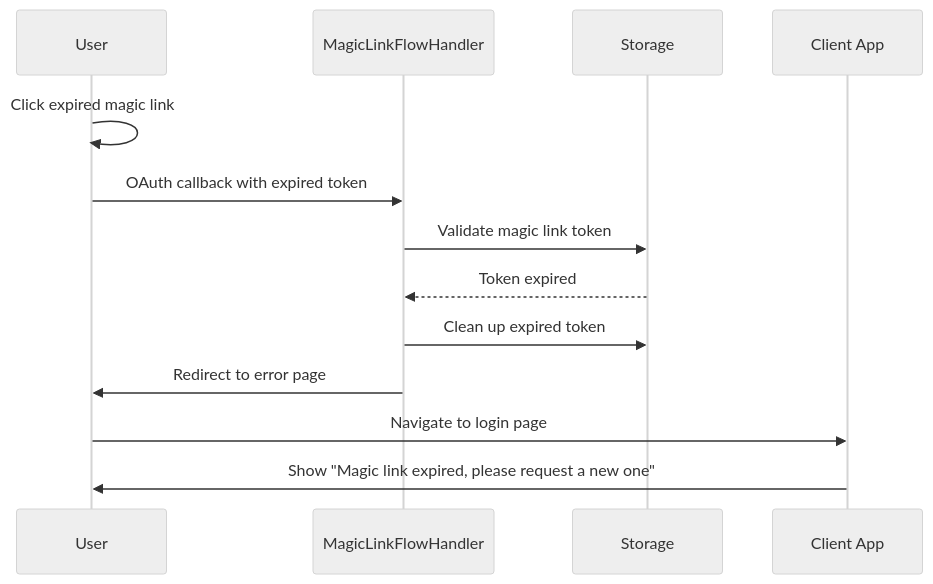
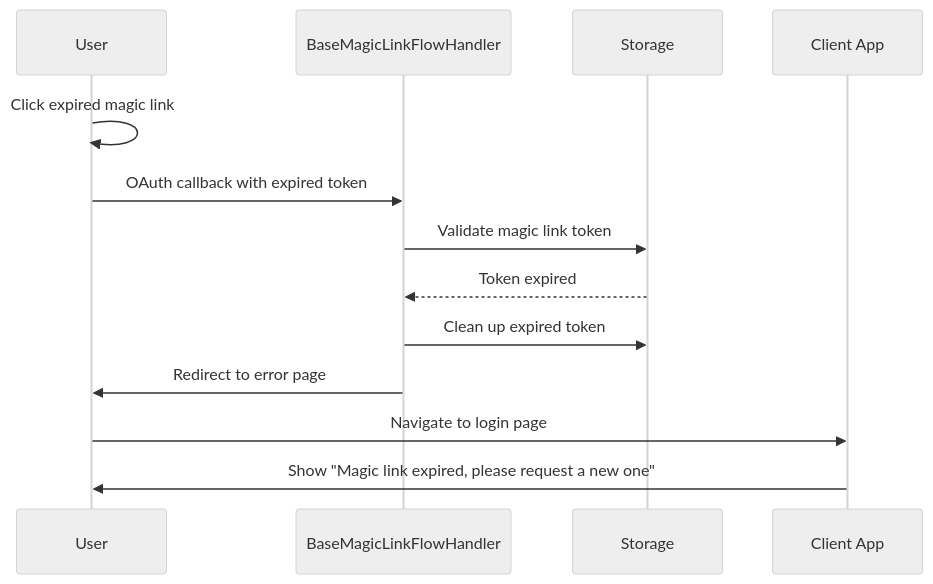
Before and after one commit to zestic/oauth-core: the fifth of 7 diagrams in docs/GRAPHQL_FLOWS.md, drawn with Mermaid (neutral theme). The commit also changed other lines of this file and 11 other files, not shown here.

First line of the commit message:
Fix magic link parameter naming and validation

````diff
--- a/docs/GRAPHQL_FLOWS.md
+++ b/docs/GRAPHQL_FLOWS.md
@@ -208,17 +208,17 @@
 ```mermaid
 sequenceDiagram
     participant User as User
-    participant MagicLinkHandler as MagicLinkFlowHandler
+    participant MagicLinkHandler as BaseMagicLinkFlowHandler
     participant Storage as Storage
     participant ClientApp as Client App
 
     User->>User: Click expired magic link
     User->>MagicLinkHandler: OAuth callback with expired token
     MagicLinkHandler->>Storage: Validate magic link token
     Storage-->>MagicLinkHandler: Token expired
     MagicLinkHandler->>Storage: Clean up expired token
     MagicLinkHandler->>User: Redirect to error page
     
     User->>ClientApp: Navigate to login page
     ClientApp->>User: Show "Magic link expired, please request a new one"
 ```
````
